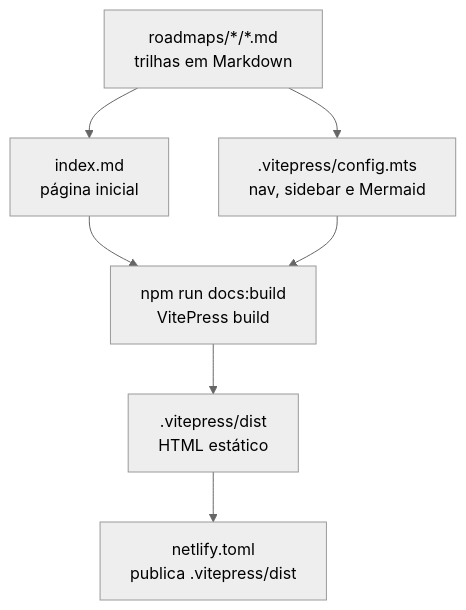
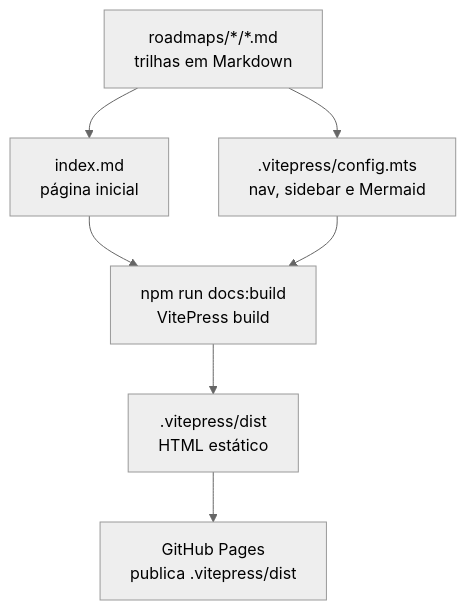
The diagram in README.md (juninmd/roadmap-developer), drawn with Mermaid (neutral theme) before and after one commit. The commit also changed other lines of this file and 3 other files, not shown here.

First line of the commit message:
feat(deploy): replace Netlify with GitHub Pages (#328)

````diff
--- a/README.md
+++ b/README.md
@@ -78,9 +78,9 @@
 ```mermaid
 flowchart TD
     A["roadmaps/*/*.md<br/>trilhas em Markdown"] --> B["index.md<br/>página inicial"]
     A --> C[".vitepress/config.mts<br/>nav, sidebar e Mermaid"]
     B --> D["npm run docs:build<br/>VitePress build"]
     C --> D
     D --> E[".vitepress/dist<br/>HTML estático"]
-    E --> F["netlify.toml<br/>publica .vitepress/dist"]
+    E --> F["GitHub Pages<br/>publica .vitepress/dist"]
 ```
````
